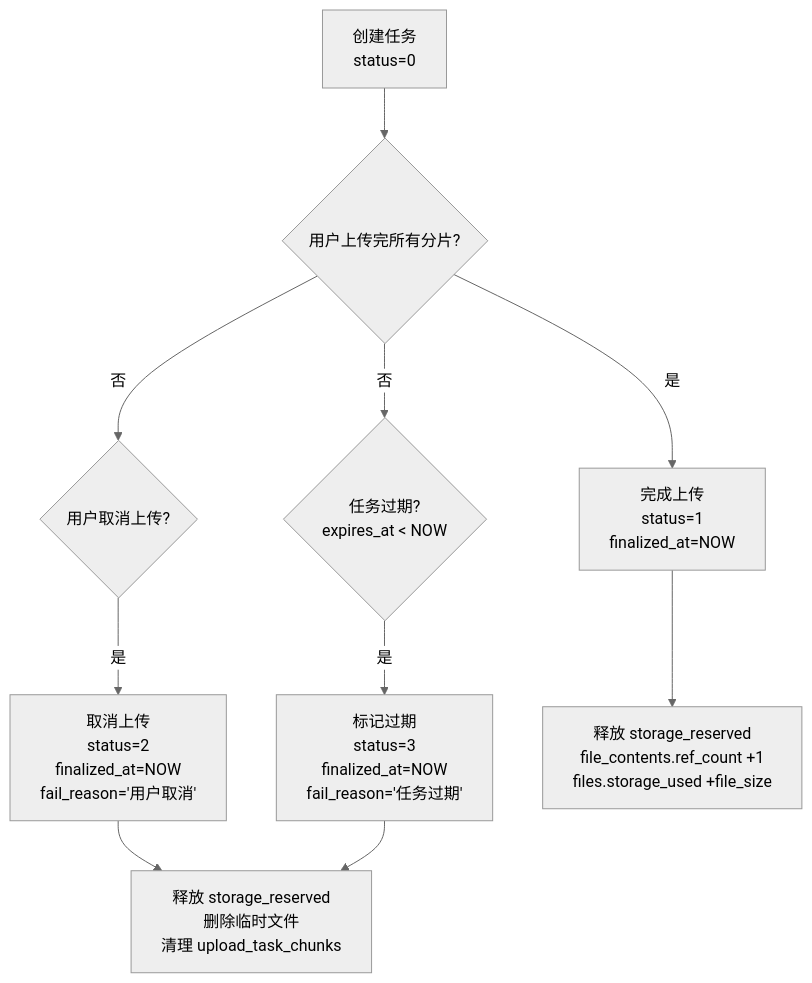
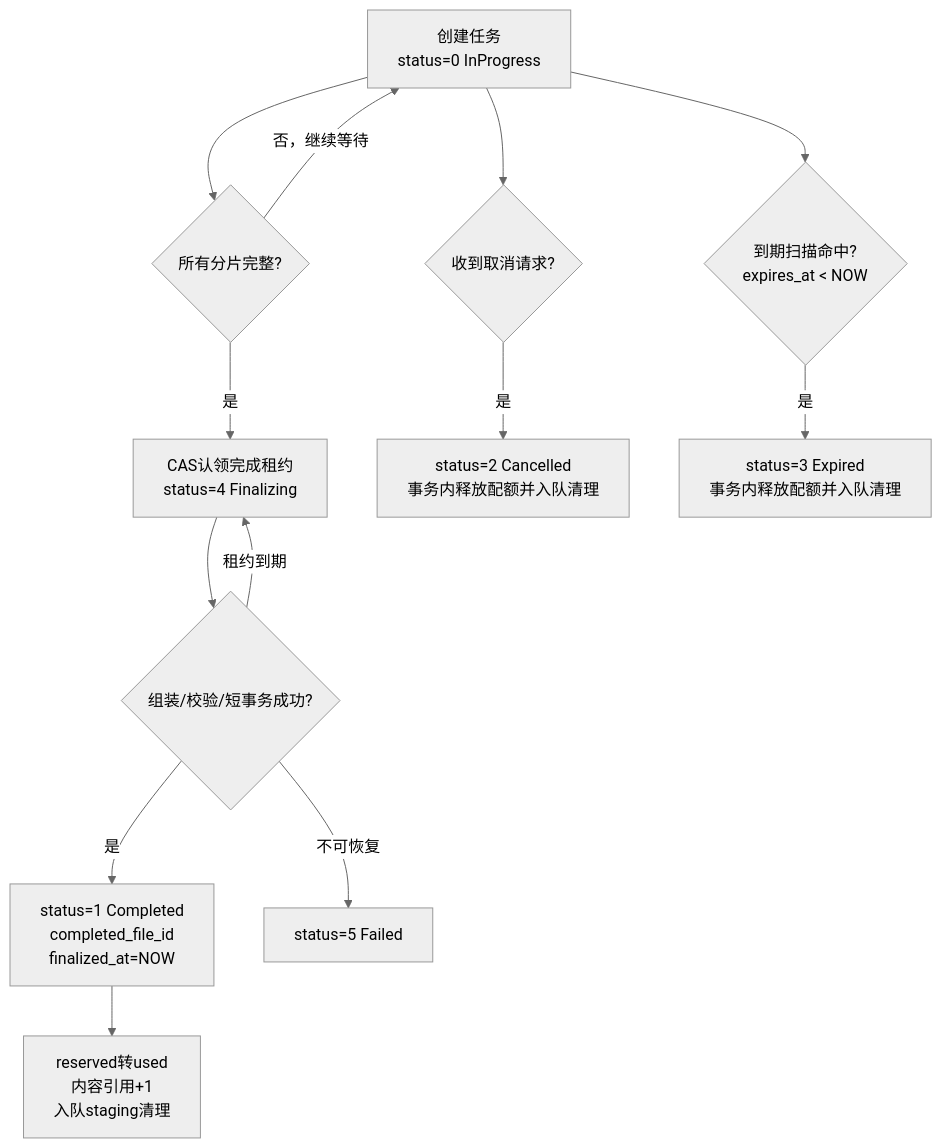
The second of 2 diagrams in docs/design/03-数据库设计.md (yizhinailong/disk), drawn with Mermaid (neutral theme) before and after one commit. The commit also changed other lines of this file and 11 other files, not shown here.

````diff
--- a/docs/design/03-数据库设计.md
+++ b/docs/design/03-数据库设计.md
@@ -873,12 +936,15 @@
 ```mermaid
 flowchart TD
-    A[创建任务<br/>status=0] --> B{用户上传完所有分片?}
-    B -->|是| C[完成上传<br/>status=1<br/>finalized_at=NOW]
-    B -->|否| D{用户取消上传?}
-    B -->|否| E{任务过期?<br/>expires_at < NOW}
-    D -->|是| F[取消上传<br/>status=2<br/>finalized_at=NOW<br/>fail_reason='用户取消']
-    E -->|是| G[标记过期<br/>status=3<br/>finalized_at=NOW<br/>fail_reason='任务过期']
-    C --> H[释放 storage_reserved<br/>file_contents.ref_count +1<br/>files.storage_used +file_size]
-    F --> I[释放 storage_reserved<br/>删除临时文件<br/>清理 upload_task_chunks]
-    G --> I
+    A[创建任务<br/>status=0 InProgress] --> B{所有分片完整?}
+    B -->|是| C[CAS认领完成租约<br/>status=4 Finalizing]
+    C --> D{组装/校验/短事务成功?}
+    D -->|是| E[status=1 Completed<br/>completed_file_id<br/>finalized_at=NOW]
+    D -->|租约到期| C
+    D -->|不可恢复| H[status=5 Failed]
+    B -->|否，继续等待| A
+    A --> K{收到取消请求?}
+    A --> F{到期扫描命中?<br/>expires_at < NOW}
+    K -->|是| G[status=2 Cancelled<br/>事务内释放配额并入队清理]
+    F -->|是| I[status=3 Expired<br/>事务内释放配额并入队清理]
+    E --> J[reserved转used<br/>内容引用+1<br/>入队staging清理]
 ```
````
